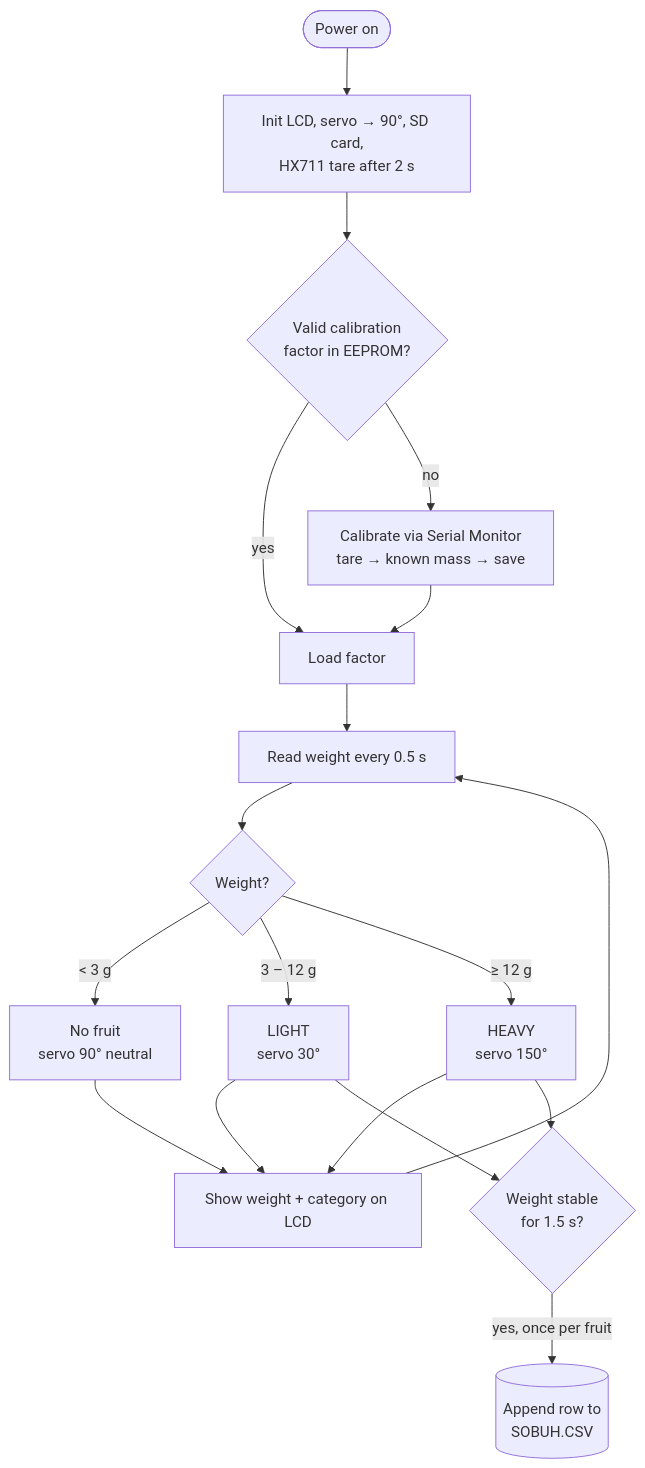
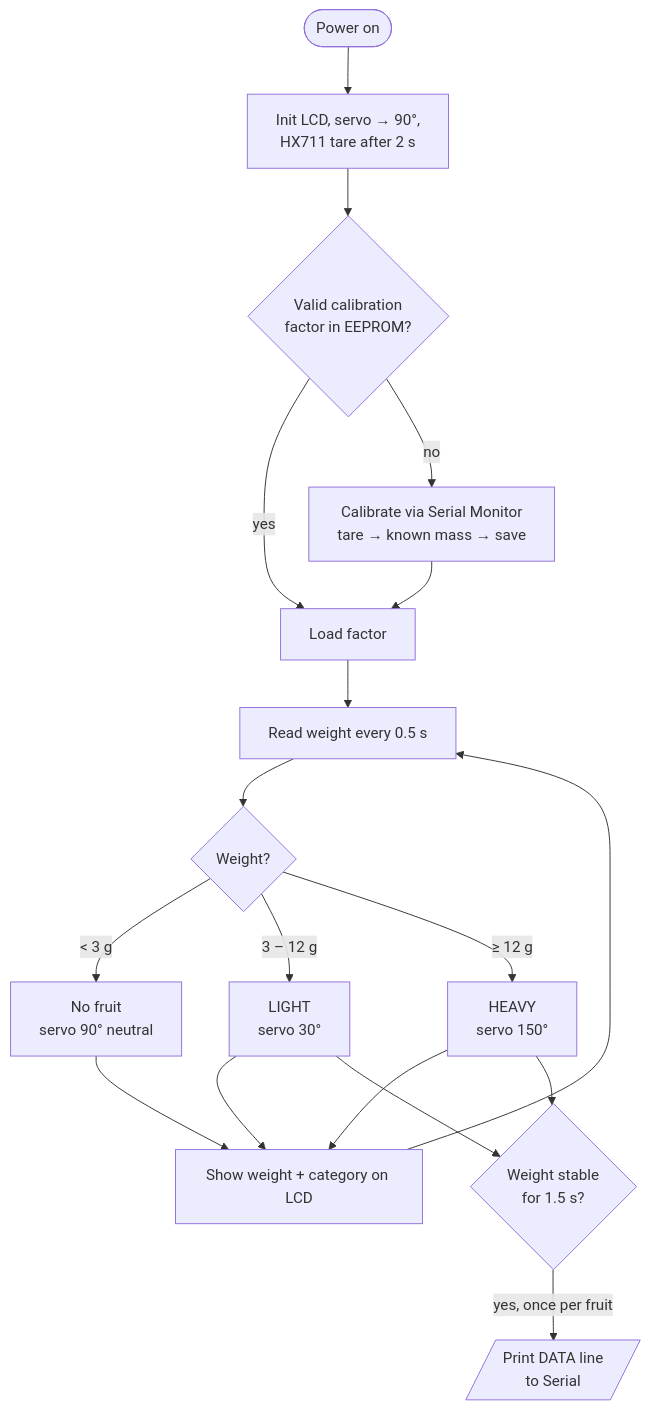
Before and after one commit to regiamuhammad/sobuh-fruit-sorter: the diagram in README.md, drawn with Mermaid. The commit also changed other lines of this file and 5 other files, not shown here.

First line of the commit message:
Replace SD-card logging with Serial data output

````diff
--- a/README.md
+++ b/README.md
@@ -58,17 +58,17 @@
 ```mermaid
 flowchart TD
-    A([Power on]) --> B[Init LCD, servo → 90°, SD card,<br/>HX711 tare after 2 s]
+    A([Power on]) --> B[Init LCD, servo → 90°,<br/>HX711 tare after 2 s]
     B --> C{Valid calibration<br/>factor in EEPROM?}
     C -- yes --> D[Load factor]
     C -- no --> E[Calibrate via Serial Monitor<br/>tare → known mass → save]
     E --> D
     D --> F[Read weight every 0.5 s]
     F --> G{Weight?}
     G -- "< 3 g" --> H[No fruit<br/>servo 90° neutral]
     G -- "3 – 12 g" --> I[LIGHT<br/>servo 30°]
     G -- "≥ 12 g" --> J[HEAVY<br/>servo 150°]
     H & I & J --> K[Show weight + category on LCD]
     I & J --> L{Weight stable<br/>for 1.5 s?}
-    L -- "yes, once per fruit" --> M[(Append row to<br/>SOBUH.CSV)]
+    L -- "yes, once per fruit" --> M[/Print DATA line<br/>to Serial/]
     K --> F
 ```
````
